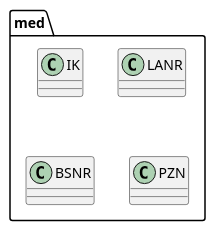
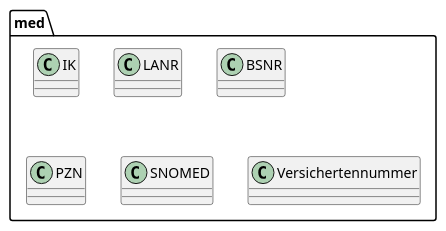
Before and after one commit to oboehm/jfachwert: the diagram in src/main/asciidoc/images/package-med.puml, drawn with PlantUML. The commit also changed 1 other file, not shown here.

```diff
--- a/src/main/asciidoc/images/package-med.puml
+++ b/src/main/asciidoc/images/package-med.puml
@@ -1,12 +1,14 @@
 @startuml
 
 package "med" {
 
     class IK
     class LANR
     class BSNR
     class PZN
+    class SNOMED
+    class Versichertennummer
 
 }
 
 @enduml
```
